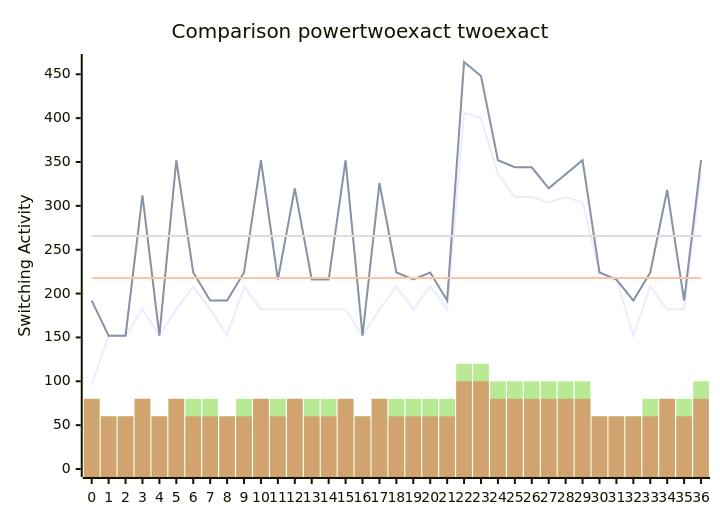
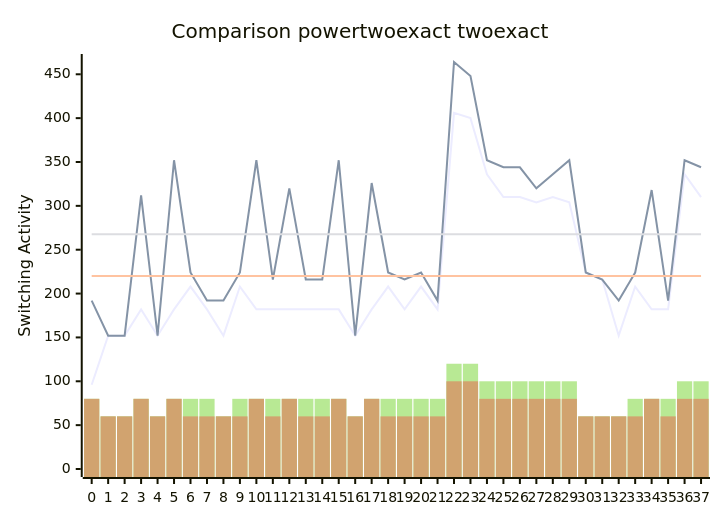
One commit to FeldmeierMichael/Exact-Power-Synthesis changed the diagram in benchmark.md. Above: the diagram before and after it, drawn with Mermaid. The commit also changed other lines of this file and 2 other files, not shown here.

````diff
--- a/benchmark.md
+++ b/benchmark.md
@@ -75,12 +77,12 @@
 ```mermaid
 xychart-beta
     title "Comparison powertwoexact twoexact"
-    x-axis [0, 1, 2, 3, 4, 5, 6, 7, 8, 9, 10, 11, 12, 13, 14, 15, 16, 17, 18, 19, 20, 21, 22, 23, 24, 25, 26, 27, 28, 29, 30, 31, 32, 33, 34, 35, 36]
+    x-axis [0, 1, 2, 3, 4, 5, 6, 7, 8, 9, 10, 11, 12, 13, 14, 15, 16, 17, 18, 19, 20, 21, 22, 23, 24, 25, 26, 27, 28, 29, 30, 31, 32, 33, 34, 35, 36, 37]
     y-axis "Switching Activity" 0-->464
-    line [96, 152, 152, 182, 152, 182, 208, 182, 152, 208, 182, 182, 182, 182, 182, 182, 152, 182, 208, 182, 208, 182, 406, 400, 336, 310, 310, 304, 310, 304, 224, 216, 152, 208, 182, 182, 336]
-    line [192, 152, 152, 312, 152, 352, 224, 192, 192, 224, 352, 216, 320, 216, 216, 352, 152, 326, 224, 216, 224, 192, 464, 448, 352, 344, 344, 320, 336, 352, 224, 216, 192, 224, 318, 192, 352]
-    line [217.6216216216216, 217.6216216216216, 217.6216216216216, 217.6216216216216, 217.6216216216216, 217.6216216216216, 217.6216216216216, 217.6216216216216, 217.6216216216216, 217.6216216216216, 217.6216216216216, 217.6216216216216, 217.6216216216216, 217.6216216216216, 217.6216216216216, 217.6216216216216, 217.6216216216216, 217.6216216216216, 217.6216216216216, 217.6216216216216, 217.6216216216216, 217.6216216216216, 217.6216216216216, 217.6216216216216, 217.6216216216216, 217.6216216216216, 217.6216216216216, 217.6216216216216, 217.6216216216216, 217.6216216216216, 217.6216216216216, 217.6216216216216, 217.6216216216216, 217.6216216216216, 217.6216216216216, 217.6216216216216, 217.6216216216216]
-    line [265.6216216216216, 265.6216216216216, 265.6216216216216, 265.6216216216216, 265.6216216216216, 265.6216216216216, 265.6216216216216, 265.6216216216216, 265.6216216216216, 265.6216216216216, 265.6216216216216, 265.6216216216216, 265.6216216216216, 265.6216216216216, 265.6216216216216, 265.6216216216216, 265.6216216216216, 265.6216216216216, 265.6216216216216, 265.6216216216216, 265.6216216216216, 265.6216216216216, 265.6216216216216, 265.6216216216216, 265.6216216216216, 265.6216216216216, 265.6216216216216, 265.6216216216216, 265.6216216216216, 265.6216216216216, 265.6216216216216, 265.6216216216216, 265.6216216216216, 265.6216216216216, 265.6216216216216, 265.6216216216216, 265.6216216216216]
-    bar [80, 60, 60, 80, 60, 80, 80, 80, 60, 80, 80, 80, 80, 80, 80, 80, 60, 80, 80, 80, 80, 80, 120, 120, 100, 100, 100, 100, 100, 100, 60, 60, 60, 80, 80, 80, 100]
-    bar [80, 60, 60, 80, 60, 80, 60, 60, 60, 60, 80, 60, 80, 60, 60, 80, 60, 80, 60, 60, 60, 60, 100, 100, 80, 80, 80, 80, 80, 80, 60, 60, 60, 60, 80, 60, 80]
+    line [96, 152, 152, 182, 152, 182, 208, 182, 152, 208, 182, 182, 182, 182, 182, 182, 152, 182, 208, 182, 208, 182, 406, 400, 336, 310, 310, 304, 310, 304, 224, 216, 152, 208, 182, 182, 336, 310]
+    line [192, 152, 152, 312, 152, 352, 224, 192, 192, 224, 352, 216, 320, 216, 216, 352, 152, 326, 224, 216, 224, 192, 464, 448, 352, 344, 344, 320, 336, 352, 224, 216, 192, 224, 318, 192, 352, 344]
+    line [220.05263157894737, 220.05263157894737, 220.05263157894737, 220.05263157894737, 220.05263157894737, 220.05263157894737, 220.05263157894737, 220.05263157894737, 220.05263157894737, 220.05263157894737, 220.05263157894737, 220.05263157894737, 220.05263157894737, 220.05263157894737, 220.05263157894737, 220.05263157894737, 220.05263157894737, 220.05263157894737, 220.05263157894737, 220.05263157894737, 220.05263157894737, 220.05263157894737, 220.05263157894737, 220.05263157894737, 220.05263157894737, 220.05263157894737, 220.05263157894737, 220.05263157894737, 220.05263157894737, 220.05263157894737, 220.05263157894737, 220.05263157894737, 220.05263157894737, 220.05263157894737, 220.05263157894737, 220.05263157894737, 220.05263157894737, 220.05263157894737]
+    line [267.6842105263158, 267.6842105263158, 267.6842105263158, 267.6842105263158, 267.6842105263158, 267.6842105263158, 267.6842105263158, 267.6842105263158, 267.6842105263158, 267.6842105263158, 267.6842105263158, 267.6842105263158, 267.6842105263158, 267.6842105263158, 267.6842105263158, 267.6842105263158, 267.6842105263158, 267.6842105263158, 267.6842105263158, 267.6842105263158, 267.6842105263158, 267.6842105263158, 267.6842105263158, 267.6842105263158, 267.6842105263158, 267.6842105263158, 267.6842105263158, 267.6842105263158, 267.6842105263158, 267.6842105263158, 267.6842105263158, 267.6842105263158, 267.6842105263158, 267.6842105263158, 267.6842105263158, 267.6842105263158, 267.6842105263158, 267.6842105263158]
+    bar [80, 60, 60, 80, 60, 80, 80, 80, 60, 80, 80, 80, 80, 80, 80, 80, 60, 80, 80, 80, 80, 80, 120, 120, 100, 100, 100, 100, 100, 100, 60, 60, 60, 80, 80, 80, 100, 100]
+    bar [80, 60, 60, 80, 60, 80, 60, 60, 60, 60, 80, 60, 80, 60, 60, 80, 60, 80, 60, 60, 60, 60, 100, 100, 80, 80, 80, 80, 80, 80, 60, 60, 60, 60, 80, 60, 80, 80]
 ```
````
